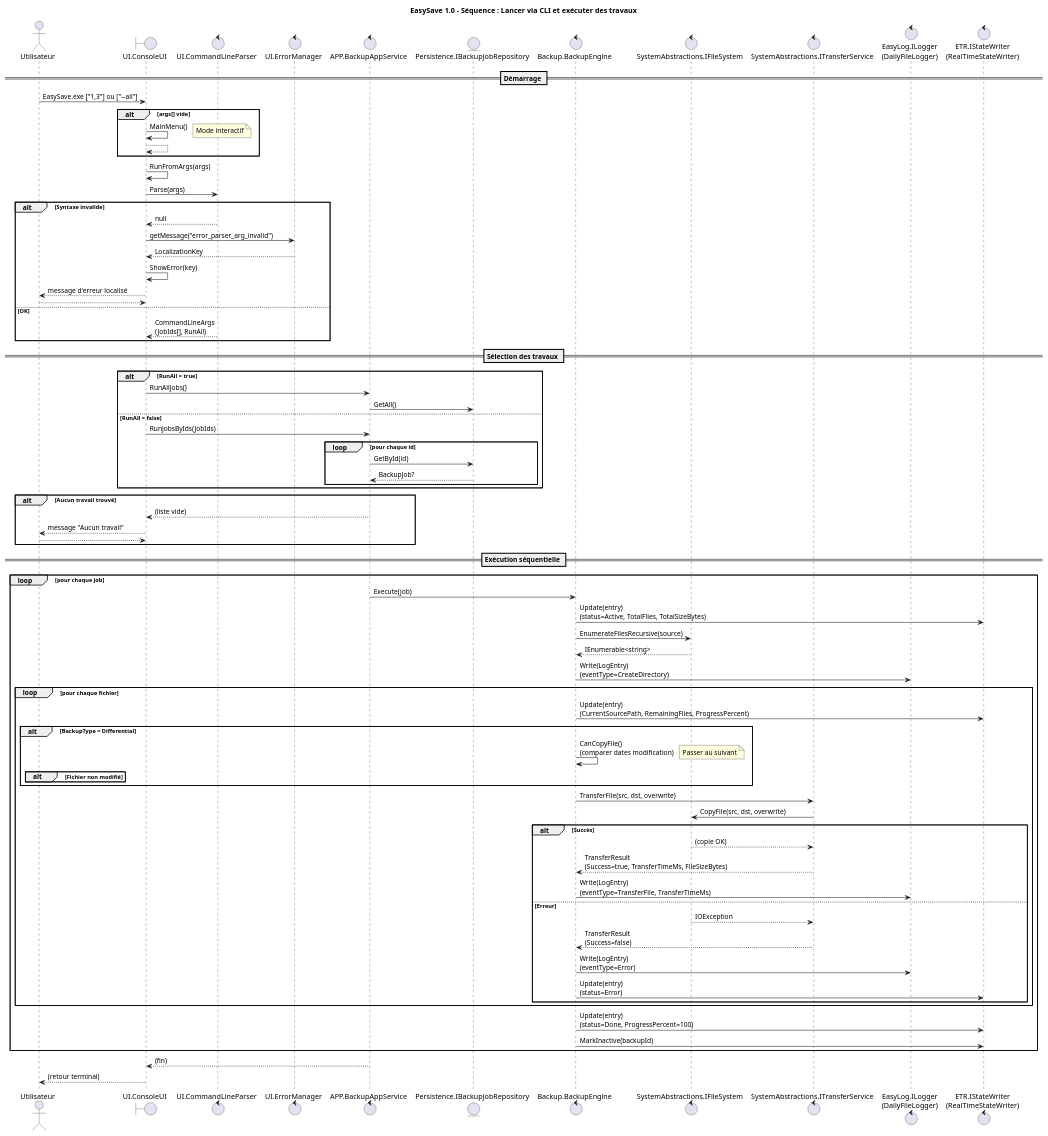
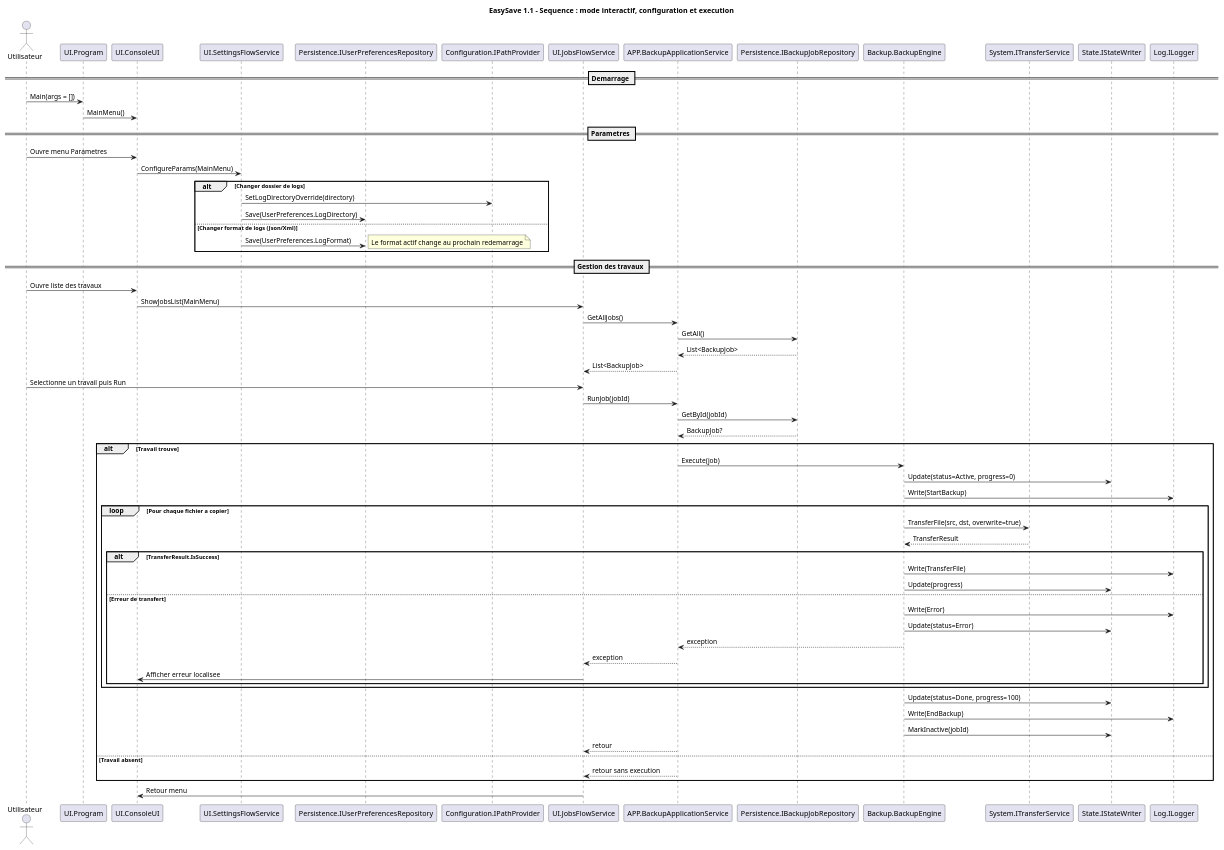
Before and after one commit to ant0rbtll/EasySave: the diagram in docs/sequence.puml, drawn with PlantUML. The commit also changed 4 other files, not shown here.

```diff
--- a/docs/sequence.puml
+++ b/docs/sequence.puml
@@ -1,99 +1,78 @@
 @startuml
-title EasySave 1.0 - Séquence : Lancer via CLI et exécuter des travaux
+title EasySave 1.1 - Sequence : mode interactif, configuration et execution
 
 actor Utilisateur as User
-boundary "UI.ConsoleUI" as UI
-control "UI.CommandLineParser" as Parser
-control "UI.ErrorManager" as ErrorMgr
-control "APP.BackupAppService" as App
-entity "Persistence.IBackupJobRepository" as Repo
-control "Backup.BackupEngine" as Engine
-control "SystemAbstractions.IFileSystem" as FileSystem
-control "SystemAbstractions.ITransferService" as Transfer
-control "EasyLog.ILogger\n(DailyFileLogger)" as Log
-control "ETR.IStateWriter\n(RealTimeStateWriter)" as State
+participant "UI.Program" as Program
+participant "UI.ConsoleUI" as ConsoleUI
+participant "UI.SettingsFlowService" as SettingsFlow
+participant "Persistence.IUserPreferencesRepository" as PrefRepo
+participant "Configuration.IPathProvider" as PathProvider
+participant "UI.JobsFlowService" as JobsFlow
+participant "APP.BackupApplicationService" as App
+participant "Persistence.IBackupJobRepository" as Repo
+participant "Backup.BackupEngine" as Engine
+participant "System.ITransferService" as Transfer
+participant "State.IStateWriter" as State
+participant "Log.ILogger" as Logger
 
-== Démarrage ==
-User -> UI : EasySave.exe ["1,3"] ou ["--all"]
+== Demarrage ==
+User -> Program : Main(args = [])
+Program -> ConsoleUI : MainMenu()
 
-alt args[] vide
-  UI -> UI : MainMenu()
-  note right: Mode interactif
-  return
+== Parametres ==
+User -> ConsoleUI : Ouvre menu Parametres
+ConsoleUI -> SettingsFlow : ConfigureParams(MainMenu)
+
+alt Changer dossier de logs
+  SettingsFlow -> PathProvider : SetLogDirectoryOverride(directory)
+  SettingsFlow -> PrefRepo : Save(UserPreferences.LogDirectory)
+else Changer format de logs (Json/Xml)
+  SettingsFlow -> PrefRepo : Save(UserPreferences.LogFormat)
+  note right: Le format actif change au prochain redemarrage
 end
 
-UI -> UI : RunFromArgs(args)
-UI -> Parser : Parse(args)
+== Gestion des travaux ==
+User -> ConsoleUI : Ouvre liste des travaux
+ConsoleUI -> JobsFlow : ShowJobsList(MainMenu)
+JobsFlow -> App : GetAllJobs()
+App -> Repo : GetAll()
+Repo --> App : List<BackupJob>
+App --> JobsFlow : List<BackupJob>
 
-alt Syntaxe invalide
-  Parser --> UI : null
-  UI -> ErrorMgr : getMessage("error_parser_arg_invalid")
-  ErrorMgr --> UI : LocalizationKey
-  UI -> UI : ShowError(key)
-  UI --> User : message d'erreur localisé
-  return
-else OK
-  Parser --> UI : CommandLineArgs\n(JobIds[], RunAll)
-end
+User -> JobsFlow : Selectionne un travail puis Run
+JobsFlow -> App : RunJob(jobId)
+App -> Repo : GetById(jobId)
+Repo --> App : BackupJob?
 
-== Sélection des travaux ==
-alt RunAll = true
-  UI -> App : RunAllJobs()
-  App -> Repo : GetAll()
-else RunAll = false
-  UI -> App : RunJobsByIds(JobIds)
-  loop pour chaque id
-    App -> Repo : GetById(id)
-    Repo --> App : BackupJob?
-  end
-end
+alt Travail trouve
+  App -> Engine : Execute(job)
+  Engine -> State : Update(status=Active, progress=0)
+  Engine -> Logger : Write(StartBackup)
 
-alt Aucun travail trouvé
-  App --> UI : (liste vide)
-  UI --> User : message "Aucun travail"
-  return
-end
+  loop Pour chaque fichier a copier
+    Engine -> Transfer : TransferFile(src, dst, overwrite=true)
+    Transfer --> Engine : TransferResult
 
-== Exécution séquentielle ==
-loop pour chaque job
-  App -> Engine : Execute(job)
-
-  Engine -> State : Update(entry)\n(status=Active, TotalFiles, TotalSizeBytes)
-  Engine -> FileSystem : EnumerateFilesRecursive(source)
-  FileSystem --> Engine : IEnumerable<string>
-  
-  Engine -> Log : Write(LogEntry)\n(eventType=CreateDirectory)
-
-  loop pour chaque fichier
-    Engine -> State : Update(entry)\n(CurrentSourcePath, RemainingFiles, ProgressPercent)
-    
-    alt BackupType = Differential
-      Engine -> Engine : CanCopyFile()\n(comparer dates modification)
-      alt Fichier non modifié
-        note right: Passer au suivant
-      end
-    end
-    
-    Engine -> Transfer : TransferFile(src, dst, overwrite)
-    Transfer -> FileSystem : CopyFile(src, dst, overwrite)
-    
-    alt Succès
-      FileSystem --> Transfer : (copie OK)
-      Transfer --> Engine : TransferResult\n(Success=true, TransferTimeMs, FileSizeBytes)
-      Engine -> Log : Write(LogEntry)\n(eventType=TransferFile, TransferTimeMs)
-    else Erreur
-      FileSystem --> Transfer : IOException
-      Transfer --> Engine : TransferResult\n(Success=false)
-      Engine -> Log : Write(LogEntry)\n(eventType=Error)
-      Engine -> State : Update(entry)\n(status=Error)
+    alt TransferResult.IsSuccess
+      Engine -> Logger : Write(TransferFile)
+      Engine -> State : Update(progress)
+    else Erreur de transfert
+      Engine -> Logger : Write(Error)
+      Engine -> State : Update(status=Error)
+      Engine --> App : exception
+      App --> JobsFlow : exception
+      JobsFlow -> ConsoleUI : Afficher erreur localisee
     end
   end
 
-  Engine -> State : Update(entry)\n(status=Done, ProgressPercent=100)
-  Engine -> State : MarkInactive(backupId)
+  Engine -> State : Update(status=Done, progress=100)
+  Engine -> Logger : Write(EndBackup)
+  Engine -> State : MarkInactive(jobId)
+  App --> JobsFlow : retour
+else Travail absent
+  App --> JobsFlow : retour sans execution
 end
 
-App --> UI : (fin)
-UI --> User : (retour terminal)
+JobsFlow -> ConsoleUI : Retour menu
 
 @enduml
```
